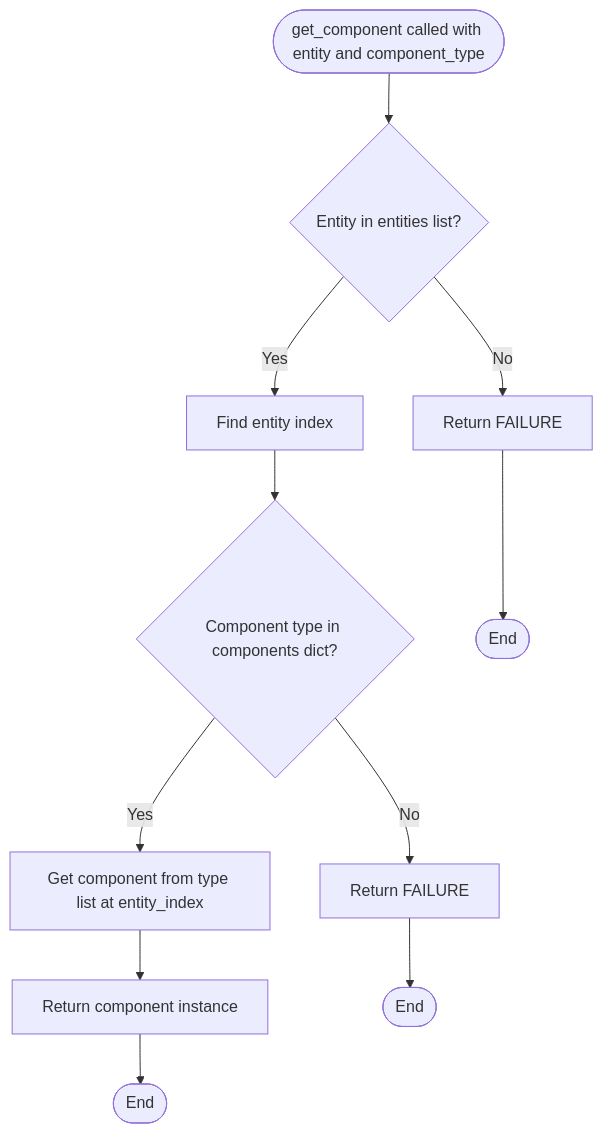
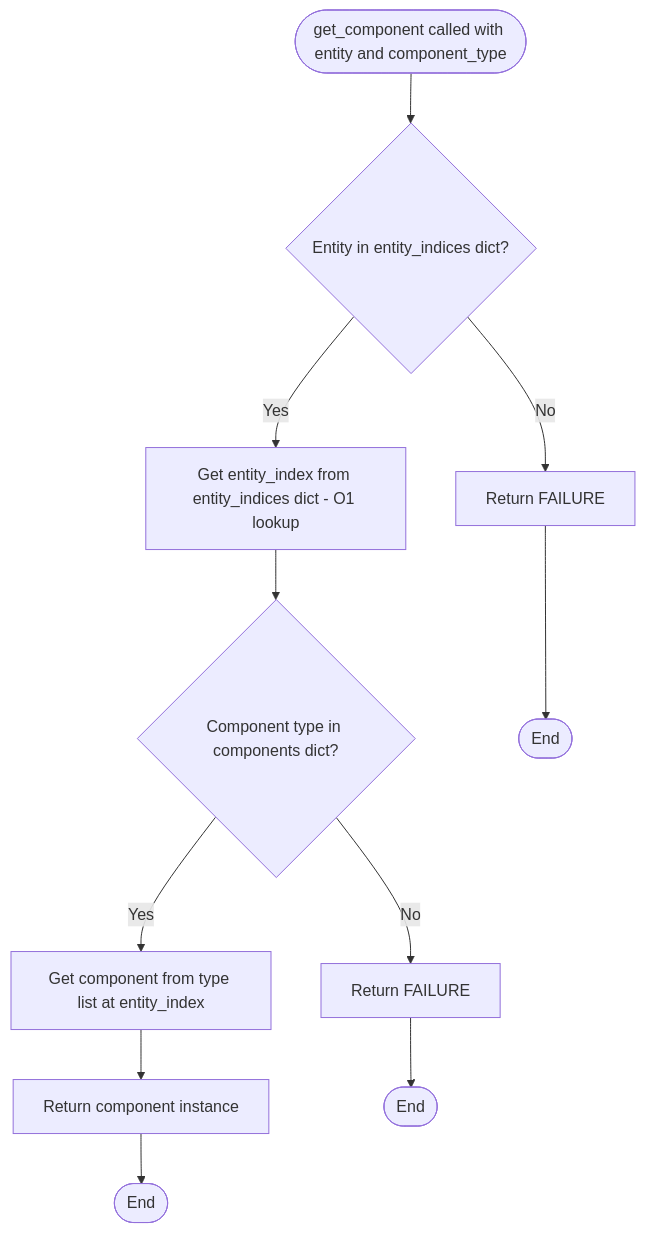
The diagram in mermaid/Archetype/get_component.mermaid (brodycritchlow/PyECS), drawn with Mermaid before and after one commit. The commit also changed 3 other files, not shown here.

Commit message:
docs: update mermaid diagrams to reflect O(1) entity lookup optimization

```diff
--- a/mermaid/Archetype/get_component.mermaid
+++ b/mermaid/Archetype/get_component.mermaid
@@ -1,16 +1,16 @@
 flowchart TD
-    Start([get_component called with entity and component_type]) --> CheckEntity{Entity in entities list?}
+    Start([get_component called with entity and component_type]) --> CheckEntity{Entity in entity_indices dict?}
     
     CheckEntity -->|No| ReturnFailure1[Return FAILURE]
-    CheckEntity -->|Yes| FindIndex[Find entity index]
+    CheckEntity -->|Yes| GetIndex[Get entity_index from entity_indices dict - O1 lookup]
     
-    FindIndex --> CheckTypeExists{Component type in components dict?}
+    GetIndex --> CheckTypeExists{Component type in components dict?}
     
     CheckTypeExists -->|No| ReturnFailure2[Return FAILURE]
     CheckTypeExists -->|Yes| GetFromList[Get component from type list at entity_index]
     
     GetFromList --> ReturnComponent[Return component instance]
     
     ReturnFailure1 --> End1([End])
     ReturnFailure2 --> End2([End])
     ReturnComponent --> End3([End])
```
